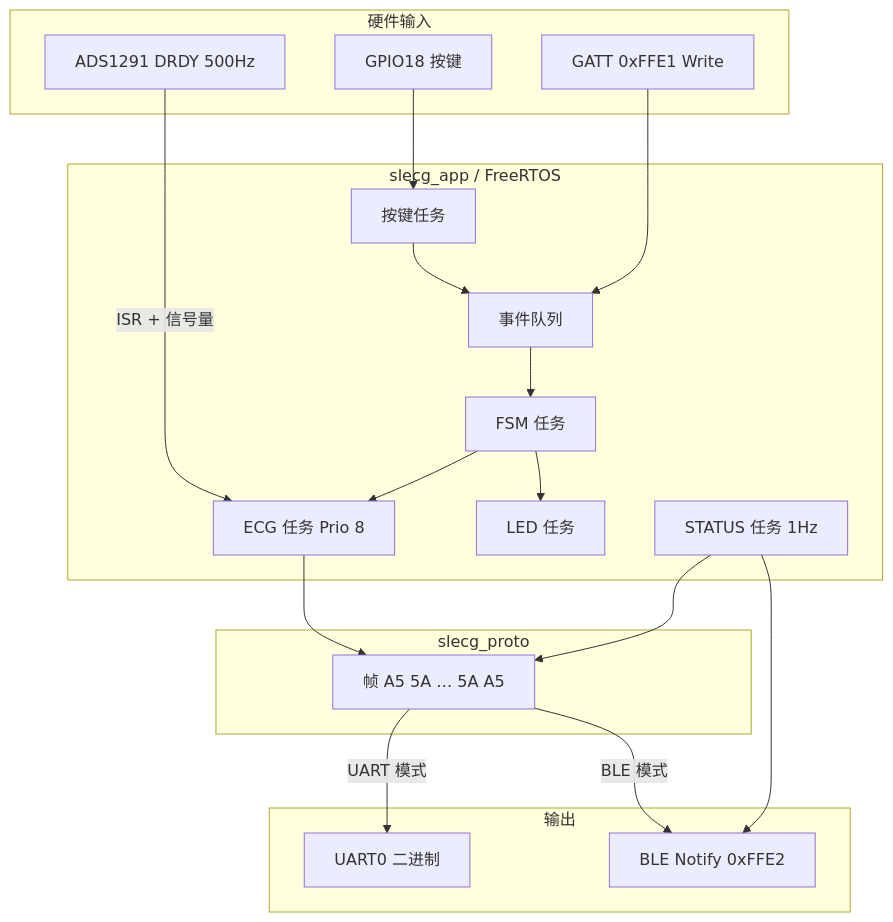
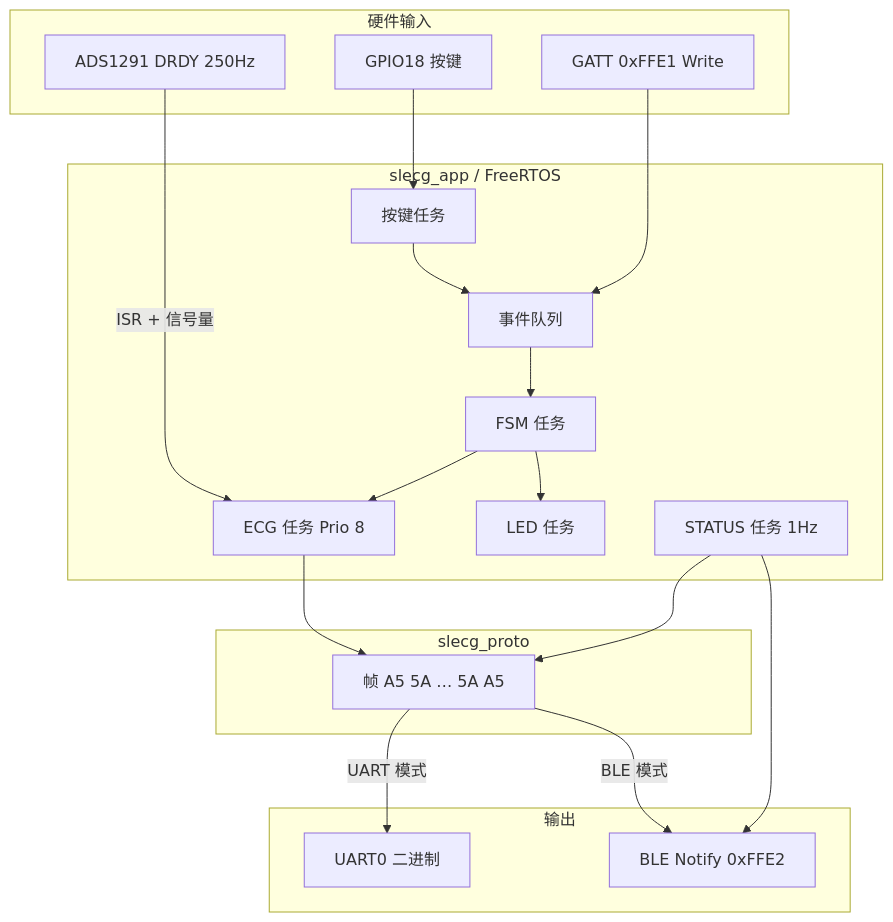
The diagram in README.md (SHOCKY47/ESP32S3_SLECG_CODE), drawn with Mermaid before and after one commit. The commit also changed other lines of this file and 41 other files, not shown here.

````diff
--- a/README.md
+++ b/README.md
@@ -92,38 +97,38 @@
 ```mermaid
 flowchart TB
     subgraph hw [硬件输入]
-        ADS[ADS1291 DRDY 500Hz]
+        ADS[ADS1291 DRDY 250Hz]
         BTN[GPIO18 按键]
         BLE_RX[GATT 0xFFE1 Write]
     end
 
     subgraph app [slecg_app / FreeRTOS]
         Q[事件队列]
         FSM[FSM 任务]
         ECG[ECG 任务 Prio 8]
         LED[LED 任务]
         STA[STATUS 任务 1Hz]
         BTN_T[按键任务]
     end
 
     subgraph proto [slecg_proto]
         FRAME[帧 A5 5A … 5A A5]
     end
 
     subgraph out [输出]
         UART[UART0 二进制]
         NOTIFY[BLE Notify 0xFFE2]
     end
 
     ADS -->|ISR + 信号量| ECG
     BTN --> BTN_T --> Q
     BLE_RX --> Q
     Q --> FSM
     FSM --> ECG
     FSM --> LED
     ECG --> FRAME
     STA --> FRAME
     FRAME -->|UART 模式| UART
     FRAME -->|BLE 模式| NOTIFY
     STA --> NOTIFY
 ```
````
